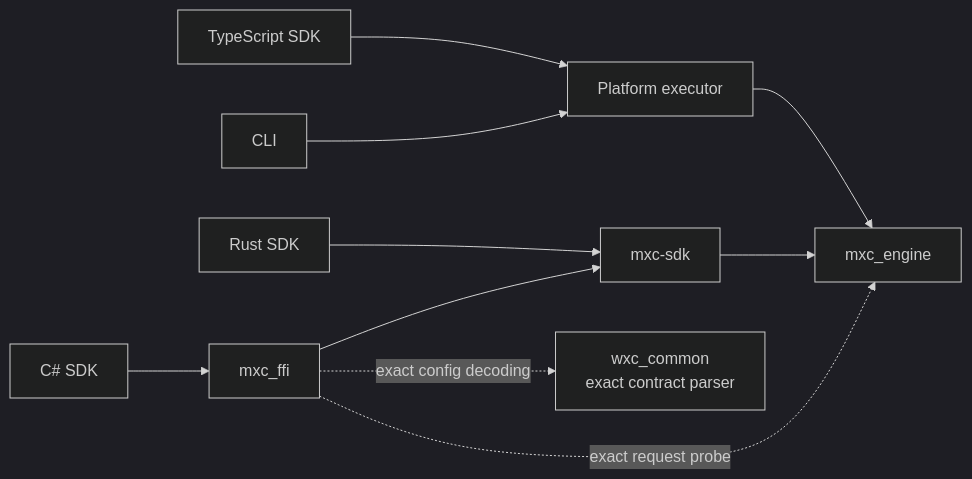
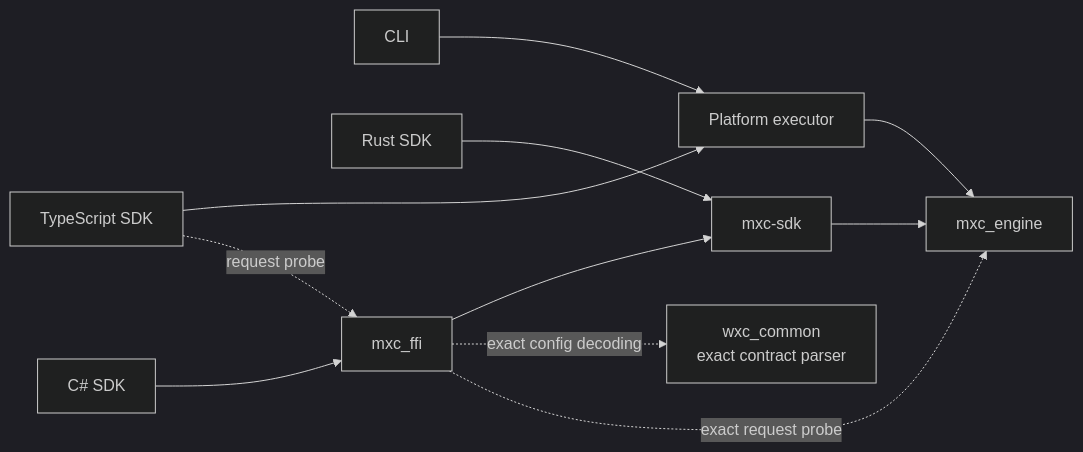
Before and after one commit to microsoft/mxc: the second of 2 diagrams in docs/architecture.md, drawn with Mermaid (dark theme).

Commit message:
Update architecture diagram with new connections

````diff
--- a/docs/architecture.md
+++ b/docs/architecture.md
@@ -101,21 +101,22 @@
 ```mermaid
 flowchart LR
     typescript["TypeScript SDK"]
     cli["CLI"]
     csharp["C# SDK"]
     rust["Rust SDK"]
     executor["Platform executor"]
     ffi["mxc_ffi"]
     sdk["mxc-sdk"]
     engine["mxc_engine"]
     common["wxc_common<br/>exact contract parser"]
 
     typescript --> executor
+    typescript -. request probe .-> ffi
     cli --> executor
     csharp --> ffi --> sdk
     ffi -. exact config decoding .-> common
     ffi -. exact request probe .-> engine
     rust --> sdk
     executor --> engine
     sdk --> engine
 ```
````
